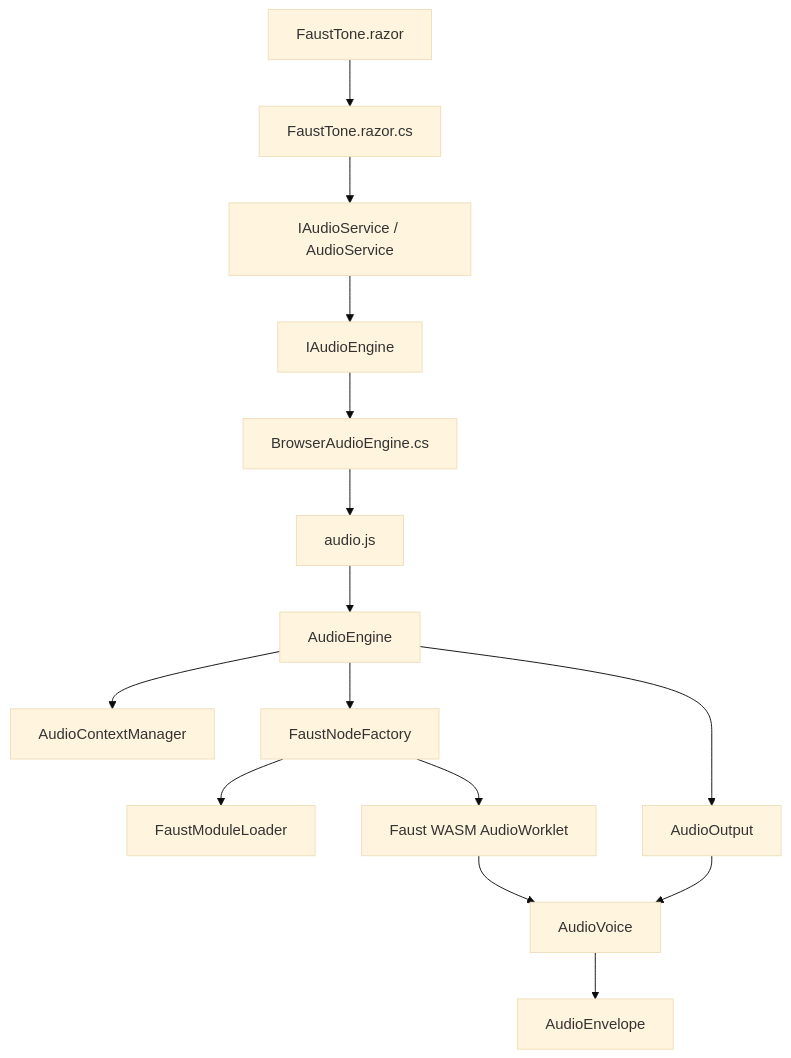
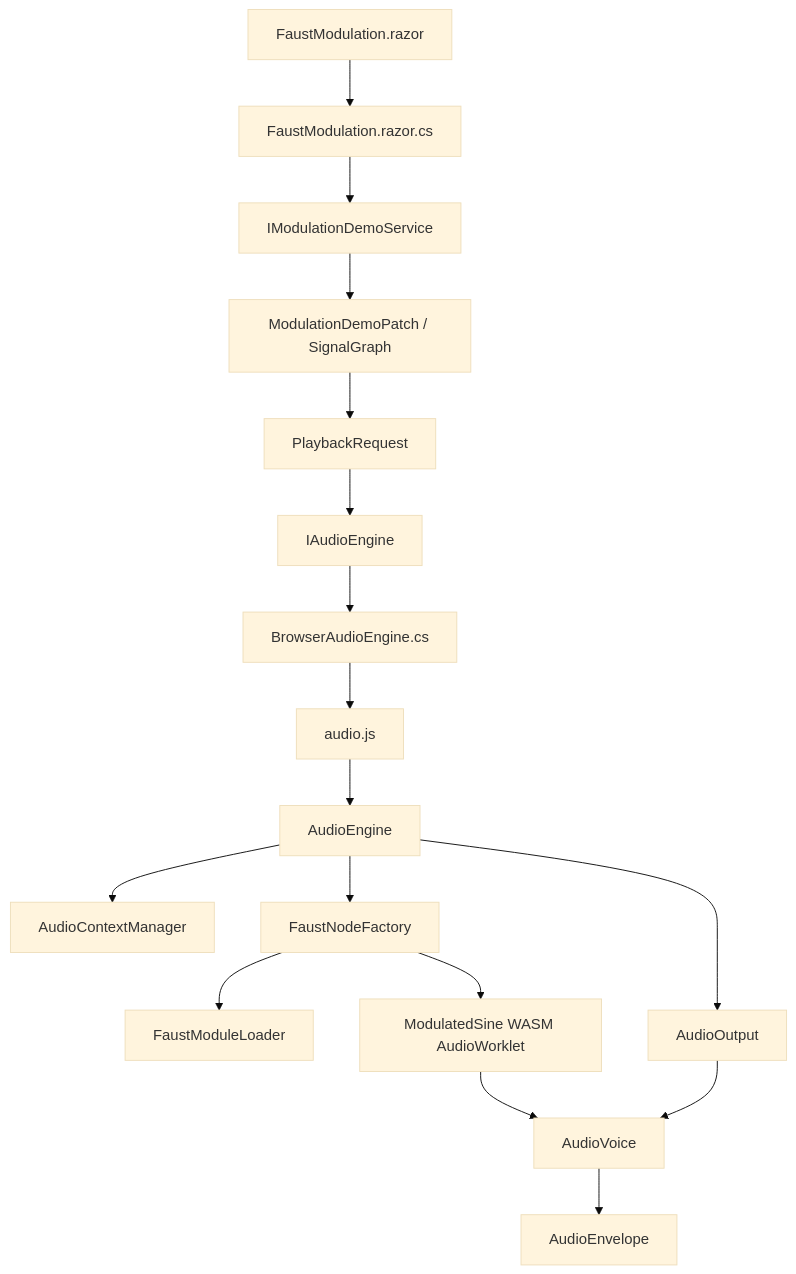
The second of 4 diagrams in README.md (wgabel/orbit2), drawn with Mermaid (base theme) before and after one commit. The commit also changed other lines of this file and 27 other files, not shown here.

Commit message:
Remove obsolete counter and standalone tone demo code

````diff
--- a/README.md
+++ b/README.md
@@ -77,17 +55,19 @@
 ```mermaid
 flowchart TD
-    View["FaustTone.razor"] --> Presentation["FaustTone.razor.cs"]
-    Presentation --> Service["IAudioService / AudioService"]
-    Service --> EnginePort["IAudioEngine"]
+    View["FaustModulation.razor"] --> Presentation["FaustModulation.razor.cs"]
+    Presentation --> Service["IModulationDemoService"]
+    Service --> Graph["ModulationDemoPatch / SignalGraph"]
+    Graph --> Request["PlaybackRequest"]
+    Request --> EnginePort["IAudioEngine"]
     EnginePort --> Adapter["BrowserAudioEngine.cs"]
     Adapter --> Entry["audio.js"]
     Entry --> Engine["AudioEngine"]
     Engine --> Context["AudioContextManager"]
     Engine --> Factory["FaustNodeFactory"]
     Factory --> Loader["FaustModuleLoader"]
     Engine --> Output["AudioOutput"]
     Output --> Voice["AudioVoice"]
     Voice --> Envelope["AudioEnvelope"]
-    Factory --> DSP["Faust WASM AudioWorklet"]
+    Factory --> DSP["ModulatedSine WASM AudioWorklet"]
     DSP --> Voice
 ```
````
